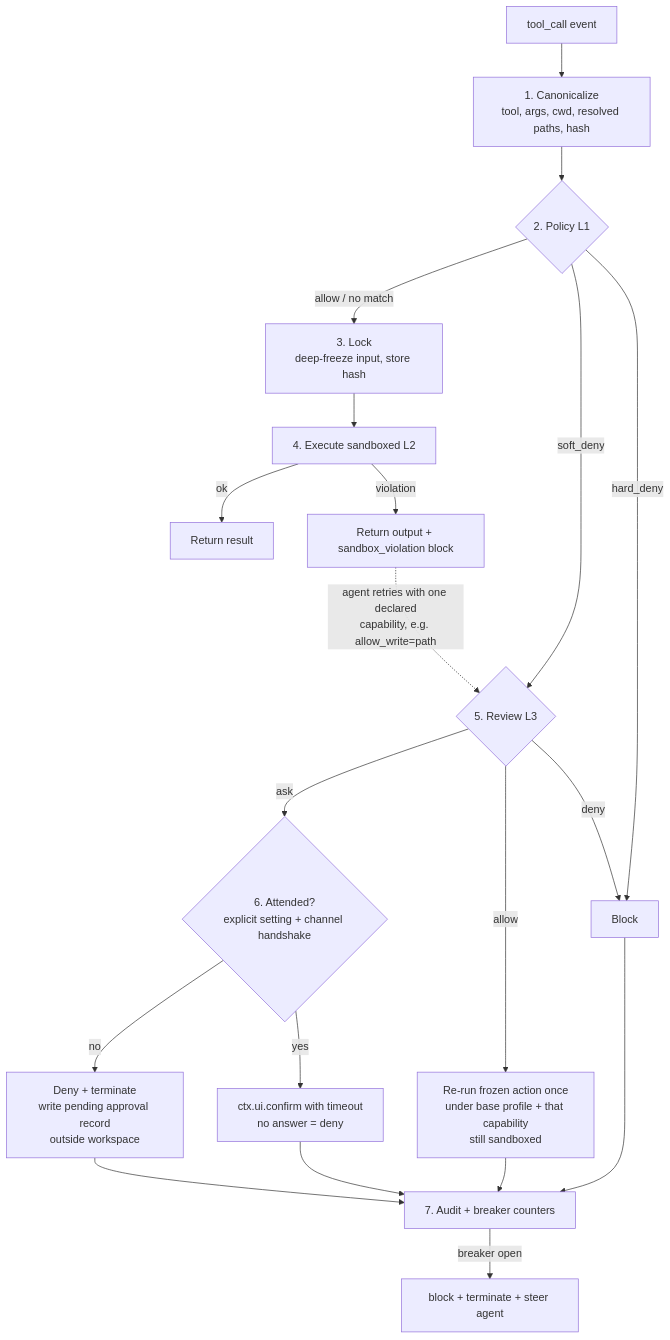
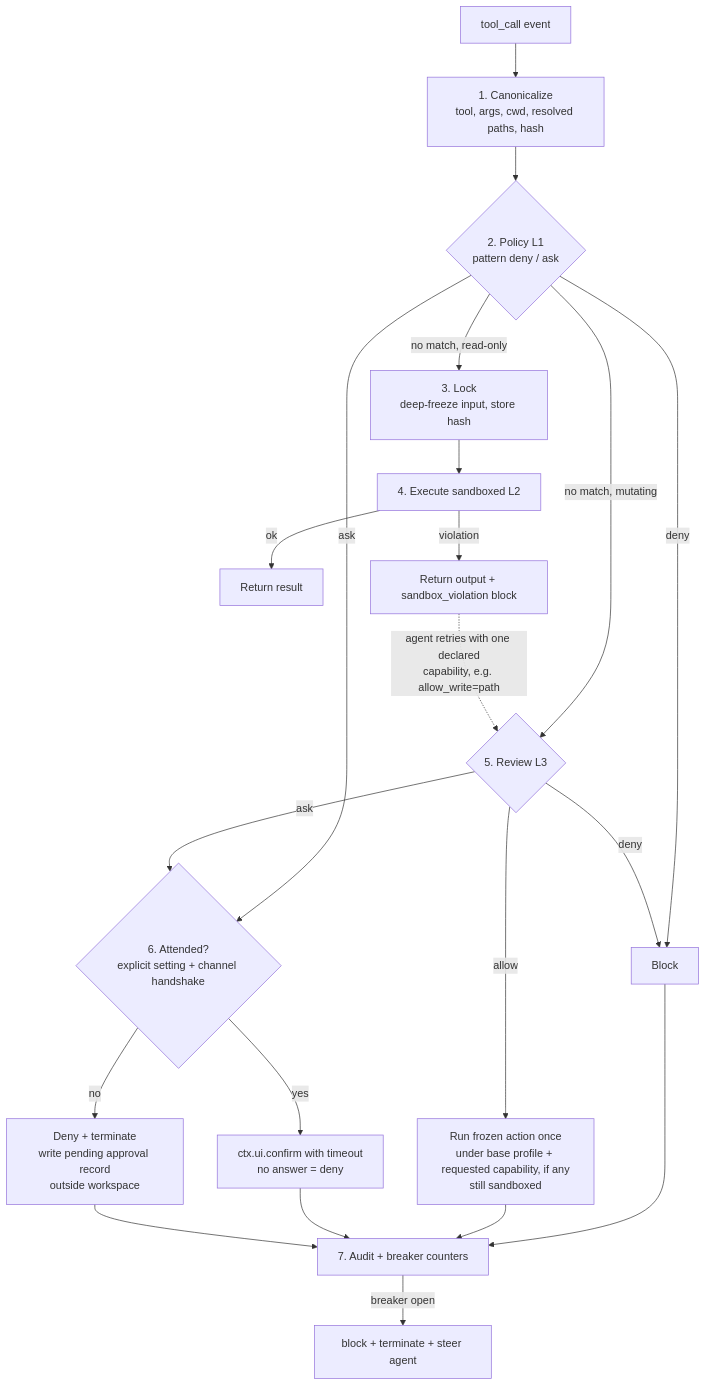
The diagram in README.md (frycm/pi-enclave), drawn with Mermaid before and after one commit. The commit also changed other lines of this file, not shown here.

First line of the commit message:
docs: split policy into pattern deny/ask rules and a prose reviewer rulebook

````diff
--- a/README.md
+++ b/README.md
@@ -167,22 +167,23 @@
 ```mermaid
 flowchart TD
     A[tool_call event] --> B[1. Canonicalize<br/>tool, args, cwd, resolved paths, hash]
-    B --> C{2. Policy L1}
-    C -->|hard_deny| X[Block]
-    C -->|allow / no match| D[3. Lock<br/>deep-freeze input, store hash]
-    C -->|soft_deny| R
+    B --> C{2. Policy L1<br/>pattern deny / ask}
+    C -->|deny| X[Block]
+    C -->|ask| ESC
+    C -->|no match, read-only| D[3. Lock<br/>deep-freeze input, store hash]
+    C -->|no match, mutating| R
     D --> E[4. Execute sandboxed L2]
     E -->|ok| OK[Return result]
     E -->|violation| V[Return output + sandbox_violation block]
     V -.->|agent retries with one declared<br/>capability, e.g. allow_write=path| R{5. Review L3}
-    R -->|allow| RUN[Re-run frozen action once<br/>under base profile + that capability<br/>still sandboxed]
+    R -->|allow| RUN[Run frozen action once<br/>under base profile + requested capability, if any<br/>still sandboxed]
     R -->|deny| X
     R -->|ask| ESC{6. Attended?<br/>explicit setting + channel handshake}
     ESC -->|yes| CONFIRM[ctx.ui.confirm with timeout<br/>no answer = deny]
     ESC -->|no| PEND[Deny + terminate<br/>write pending approval record<br/>outside workspace]
     X --> ACC[7. Audit + breaker counters]
     RUN --> ACC
     CONFIRM --> ACC
     PEND --> ACC
     ACC -->|breaker open| TERM[block + terminate + steer agent]
 ```
````
